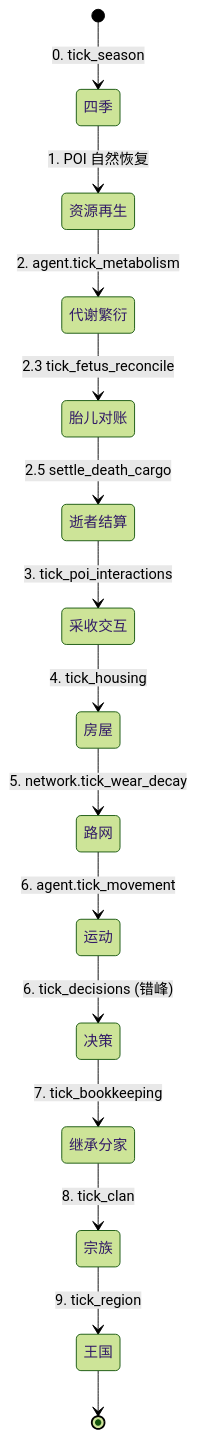
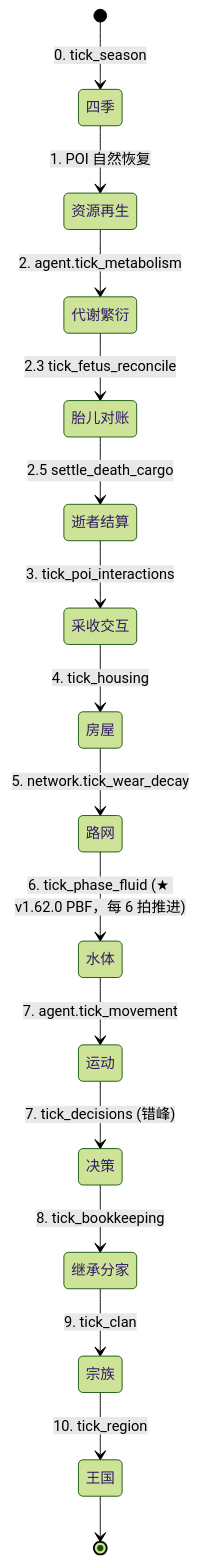
The second of 2 diagrams in docs/current/tech/01-engine-architecture.md (g39088902/FlowAndAccord), drawn with Mermaid (forest theme) before and after one commit. The commit also changed other lines of this file and 42 other files, not shown here.

````diff
--- a/docs/current/tech/01-engine-architecture.md
+++ b/docs/current/tech/01-engine-architecture.md
@@ -60,17 +60,18 @@
 ```mermaid
 stateDiagram-v2
     [*] --> 四季: 0. tick_season
     四季 --> 资源再生: 1. POI 自然恢复
     资源再生 --> 代谢繁衍: 2. agent.tick_metabolism
     代谢繁衍 --> 胎儿对账: 2.3 tick_fetus_reconcile
     胎儿对账 --> 逝者结算: 2.5 settle_death_cargo
     逝者结算 --> 采收交互: 3. tick_poi_interactions
     采收交互 --> 房屋: 4. tick_housing
     房屋 --> 路网: 5. network.tick_wear_decay
-    路网 --> 运动: 6. agent.tick_movement
-    运动 --> 决策: 6. tick_decisions (错峰)
-    决策 --> 继承分家: 7. tick_bookkeeping
-    继承分家 --> 宗族: 8. tick_clan
-    宗族 --> 王国: 9. tick_region
+    路网 --> 水体: 6. tick_phase_fluid (★ v1.62.0 PBF，每 6 拍推进)
+    水体 --> 运动: 7. agent.tick_movement
+    运动 --> 决策: 7. tick_decisions (错峰)
+    决策 --> 继承分家: 8. tick_bookkeeping
+    继承分家 --> 宗族: 9. tick_clan
+    宗族 --> 王国: 10. tick_region
     王国 --> [*]
 ```
````
